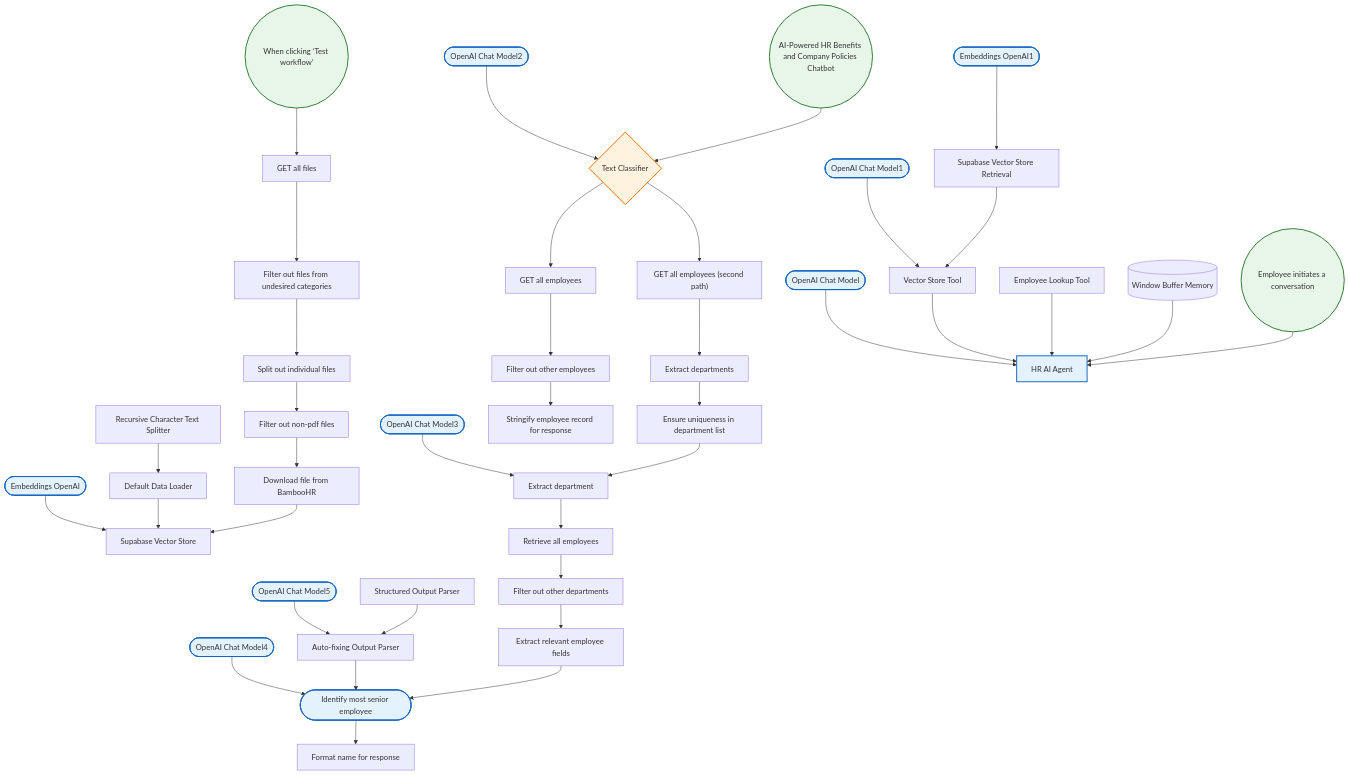
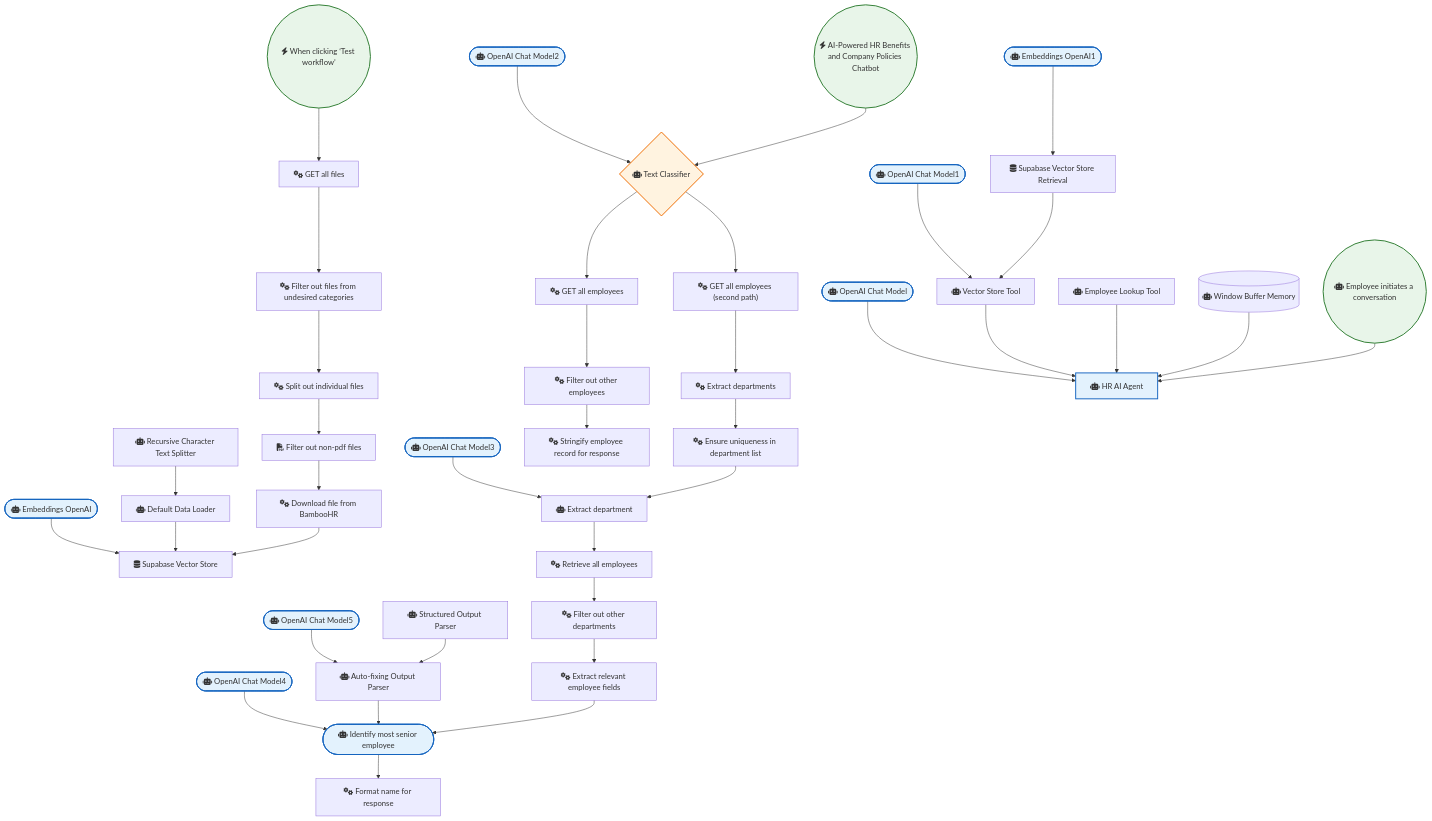
The diagram in HR_and_Recruitment/BambooHR AI-Powered Company Policies and Benefits Chatbot.md (sreyash3105/N8N-DEMO-AUTOMATIONS), drawn with Mermaid before and after one commit. The commit also changed 291 other files, not shown here.

```diff
--- a/HR_and_Recruitment/BambooHR AI-Powered Company Policies and Benefits Chatbot.md
+++ b/HR_and_Recruitment/BambooHR AI-Powered Company Policies and Benefits Chatbot.md
@@ -4,45 +4,45 @@
     classDef ai fill:#e3f2fd,stroke:#1565c0,stroke-width:2px;
     classDef logic fill:#fff3e0,stroke:#ef6c00,stroke-width:2px;
 
-    When_clicking__Test_workflow_(("When clicking ‘Test workflow’")):::trigger
-    Default_Data_Loader["Default Data Loader"]
-    Embeddings_OpenAI(["Embeddings OpenAI"]):::ai
-    Recursive_Character_Text_Splitter["Recursive Character Text Splitter"]
-    Window_Buffer_Memory[("Window Buffer Memory")]
-    OpenAI_Chat_Model(["OpenAI Chat Model"]):::ai
-    Vector_Store_Tool["Vector Store Tool"]
-    OpenAI_Chat_Model1(["OpenAI Chat Model1"]):::ai
-    Embeddings_OpenAI1(["Embeddings OpenAI1"]):::ai
-    Employee_Lookup_Tool["Employee Lookup Tool"]
-    OpenAI_Chat_Model2(["OpenAI Chat Model2"]):::ai
-    OpenAI_Chat_Model3(["OpenAI Chat Model3"]):::ai
-    OpenAI_Chat_Model4(["OpenAI Chat Model4"]):::ai
-    Auto_fixing_Output_Parser["Auto-fixing Output Parser"]
-    OpenAI_Chat_Model5(["OpenAI Chat Model5"]):::ai
-    Structured_Output_Parser["Structured Output Parser"]
-    GET_all_files["GET all files"]
-    Filter_out_files_from_undesired_categories["Filter out files from undesired categories"]
-    Split_out_individual_files["Split out individual files"]
-    Filter_out_non_pdf_files["Filter out non-pdf files"]
-    Download_file_from_BambooHR["Download file from BambooHR"]
-    Supabase_Vector_Store["Supabase Vector Store"]
-    Employee_initiates_a_conversation(("Employee initiates a conversation")):::trigger
-    Supabase_Vector_Store_Retrieval["Supabase Vector Store Retrieval"]
-    AI_Powered_HR_Benefits_and_Company_Policies_Chatbot(("AI-Powered HR Benefits and Company Policies Chatbot")):::trigger
-    Text_Classifier{"Text Classifier"}:::logic
-    GET_all_employees["GET all employees"]
-    Filter_out_other_employees["Filter out other employees"]
-    Stringify_employee_record_for_response["Stringify employee record for response"]
-    GET_all_employees__second_path_["GET all employees (second path)"]
-    Extract_departments["Extract departments"]
-    Ensure_uniqueness_in_department_list["Ensure uniqueness in department list"]
-    Extract_department["Extract department"]
-    Retrieve_all_employees["Retrieve all employees"]
-    Filter_out_other_departments["Filter out other departments"]
-    Extract_relevant_employee_fields["Extract relevant employee fields"]
-    Identify_most_senior_employee(["Identify most senior employee"]):::ai
-    Format_name_for_response["Format name for response"]
-    HR_AI_Agent["HR AI Agent"]:::ai
+    When_clicking__Test_workflow_(("fas:fa-bolt When clicking ‘Test workflow’")):::trigger
+    Default_Data_Loader["fas:fa-robot Default Data Loader"]
+    Embeddings_OpenAI(["fas:fa-robot Embeddings OpenAI"]):::ai
+    Recursive_Character_Text_Splitter["fas:fa-robot Recursive Character Text Splitter"]
+    Window_Buffer_Memory[("fas:fa-robot Window Buffer Memory")]
+    OpenAI_Chat_Model(["fas:fa-robot OpenAI Chat Model"]):::ai
+    Vector_Store_Tool["fas:fa-robot Vector Store Tool"]
+    OpenAI_Chat_Model1(["fas:fa-robot OpenAI Chat Model1"]):::ai
+    Embeddings_OpenAI1(["fas:fa-robot Embeddings OpenAI1"]):::ai
+    Employee_Lookup_Tool["fas:fa-robot Employee Lookup Tool"]
+    OpenAI_Chat_Model2(["fas:fa-robot OpenAI Chat Model2"]):::ai
+    OpenAI_Chat_Model3(["fas:fa-robot OpenAI Chat Model3"]):::ai
+    OpenAI_Chat_Model4(["fas:fa-robot OpenAI Chat Model4"]):::ai
+    Auto_fixing_Output_Parser["fas:fa-robot Auto-fixing Output Parser"]
+    OpenAI_Chat_Model5(["fas:fa-robot OpenAI Chat Model5"]):::ai
+    Structured_Output_Parser["fas:fa-robot Structured Output Parser"]
+    GET_all_files["fas:fa-cogs GET all files"]
+    Filter_out_files_from_undesired_categories["fas:fa-cogs Filter out files from undesired categories"]
+    Split_out_individual_files["fas:fa-cogs Split out individual files"]
+    Filter_out_non_pdf_files["fas:fa-file-pdf Filter out non-pdf files"]
+    Download_file_from_BambooHR["fas:fa-cogs Download file from BambooHR"]
+    Supabase_Vector_Store["fas:fa-database Supabase Vector Store"]
+    Employee_initiates_a_conversation(("fas:fa-robot Employee initiates a conversation")):::trigger
+    Supabase_Vector_Store_Retrieval["fas:fa-database Supabase Vector Store Retrieval"]
+    AI_Powered_HR_Benefits_and_Company_Policies_Chatbot(("fas:fa-bolt AI-Powered HR Benefits and Company Policies Chatbot")):::trigger
+    Text_Classifier{"fas:fa-robot Text Classifier"}:::logic
+    GET_all_employees["fas:fa-cogs GET all employees"]
+    Filter_out_other_employees["fas:fa-cogs Filter out other employees"]
+    Stringify_employee_record_for_response["fas:fa-cogs Stringify employee record for response"]
+    GET_all_employees__second_path_["fas:fa-cogs GET all employees (second path)"]
+    Extract_departments["fas:fa-cogs Extract departments"]
+    Ensure_uniqueness_in_department_list["fas:fa-cogs Ensure uniqueness in department list"]
+    Extract_department["fas:fa-robot Extract department"]
+    Retrieve_all_employees["fas:fa-cogs Retrieve all employees"]
+    Filter_out_other_departments["fas:fa-cogs Filter out other departments"]
+    Extract_relevant_employee_fields["fas:fa-cogs Extract relevant employee fields"]
+    Identify_most_senior_employee(["fas:fa-robot Identify most senior employee"]):::ai
+    Format_name_for_response["fas:fa-cogs Format name for response"]
+    HR_AI_Agent["fas:fa-robot HR AI Agent"]:::ai
 
     GET_all_files --> Filter_out_files_from_undesired_categories
     Text_Classifier --> GET_all_employees
```
